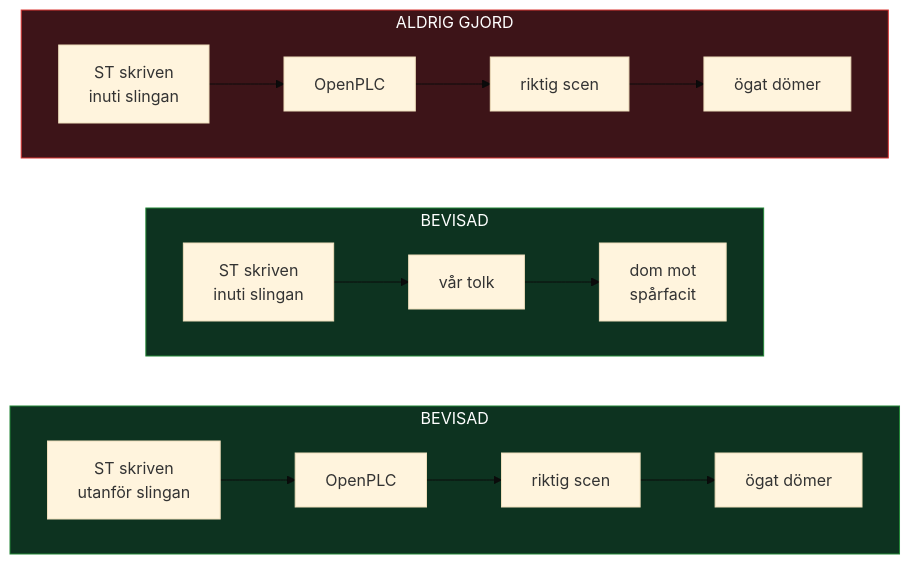
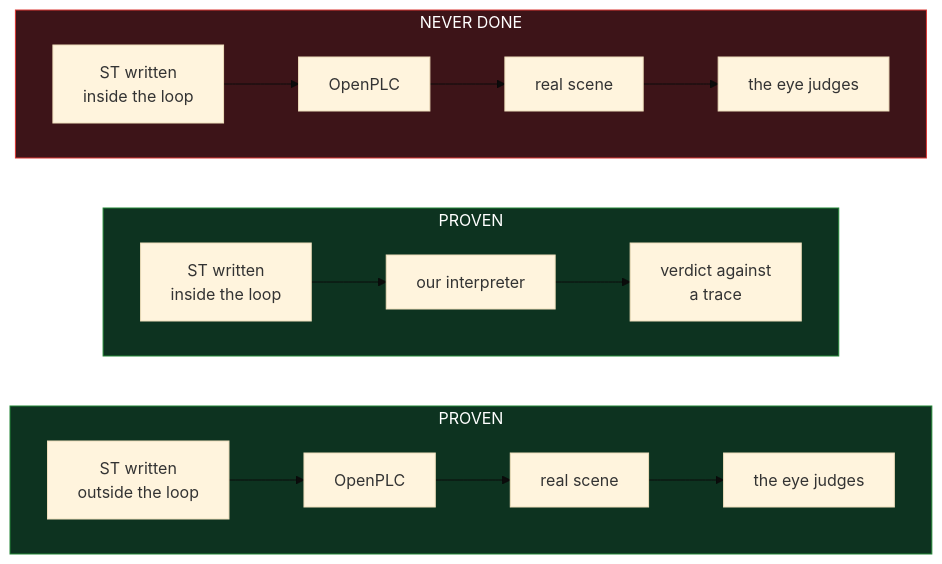
The third of 3 diagrams in docs/PRESENTATION_UTKAST.md (antonbj3/VC_Assist), drawn with Mermaid (base theme) before and after one commit. The commit also changed other lines of this file and 2 other files, not shown here.

Commit message:
presentationen pa engelska, forklarande - plus scripts/forhandsvisa.py som ritar mermaid lokalt

````diff
--- a/docs/PRESENTATION_UTKAST.md
+++ b/docs/PRESENTATION_UTKAST.md
@@ -121,19 +84,19 @@
 ```mermaid
 flowchart LR
-    subgraph P1["BEVISAD"]
+    subgraph P1["PROVEN"]
         direction LR
-        H1["ST skriven<br/>utanför slingan"] --> H2["OpenPLC"] --> H3["riktig scen"] --> H4["ögat dömer"]
+        H1["ST written<br/>outside the loop"] --> H2["OpenPLC"] --> H3["real scene"] --> H4["the eye judges"]
     end
-    subgraph P2["BEVISAD"]
+    subgraph P2["PROVEN"]
         direction LR
-        M1["ST skriven<br/>inuti slingan"] --> M2["vår tolk"] --> M3["dom mot<br/>spårfacit"]
+        M1["ST written<br/>inside the loop"] --> M2["our interpreter"] --> M3["verdict against<br/>a trace"]
     end
-    subgraph P3["ALDRIG GJORD"]
+    subgraph P3["NEVER DONE"]
         direction LR
-        X1["ST skriven<br/>inuti slingan"] --> X2["OpenPLC"] --> X3["riktig scen"] --> X4["ögat dömer"]
+        X1["ST written<br/>inside the loop"] --> X2["OpenPLC"] --> X3["real scene"] --> X4["the eye judges"]
     end
 
     style P1 fill:#0d3320,stroke:#238636,color:#fff
     style P2 fill:#0d3320,stroke:#238636,color:#fff
     style P3 fill:#3d1418,stroke:#da3633,color:#fff
 ```
````
